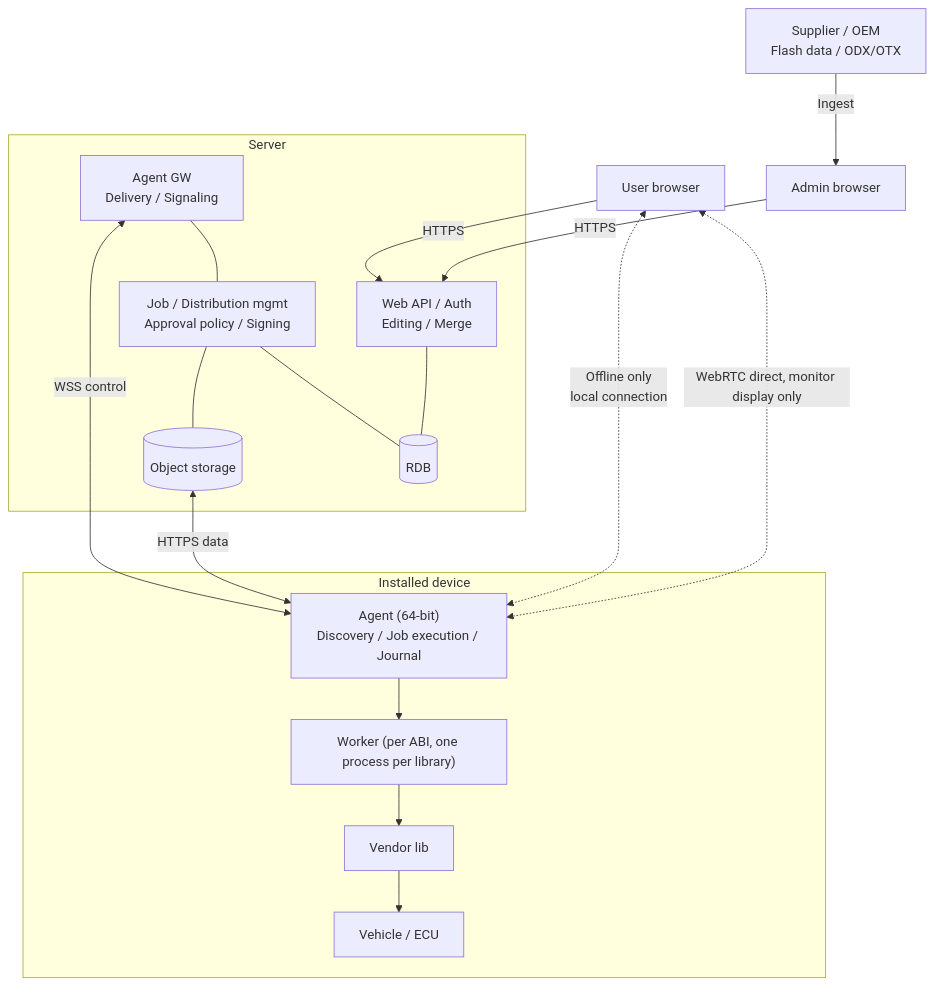
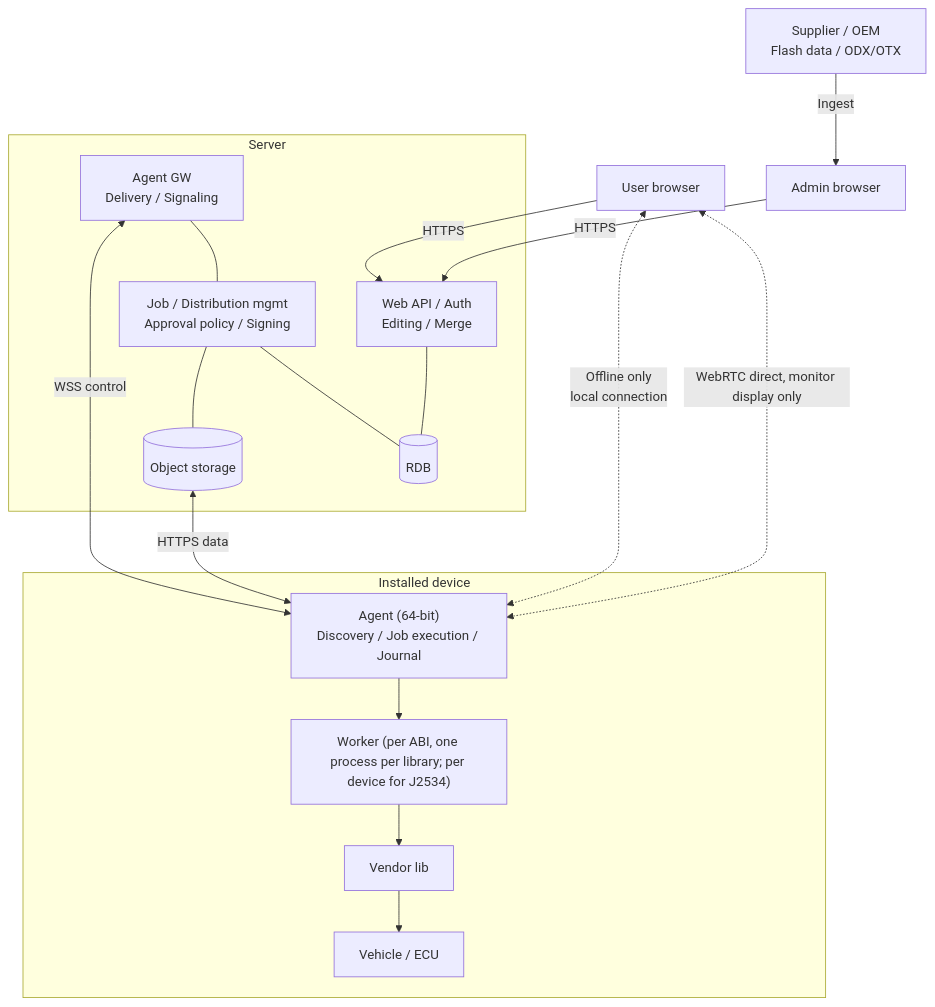
The first of 6 diagrams in docs/system-architecture.md (okayyoumay/nekoguruma), drawn with Mermaid before and after one commit. The commit also changed other lines of this file and 20 other files, not shown here.

First line of the commit message:
ADR-281: worker library resolution, mode and device selection (#141)

````diff
--- a/docs/system-architecture.md
+++ b/docs/system-architecture.md
@@ -72,35 +72,35 @@
 ```mermaid
 flowchart TB
     U["User browser"]
     AD["Admin browser"]
 
     subgraph SV["Server"]
         API["Web API / Auth<br/>Editing / Merge"]
         JOB["Job / Distribution mgmt<br/>Approval policy / Signing"]
         GW["Agent GW<br/>Delivery / Signaling"]
         RDB[("RDB")]
         OBJ[("Object storage")]
     end
 
     subgraph EP["Installed device"]
         AG["Agent (64-bit)<br/>Discovery / Job execution / Journal"]
-        WK["Worker (per ABI, one process per library)"]
+        WK["Worker (per ABI, one process per library; per device for J2534)"]
         LIB["Vendor lib"]
         DEV["Vehicle / ECU"]
     end
 
     SRC["Supplier / OEM<br/>Flash data / ODX/OTX"]
 
     SRC -->|Ingest| AD
     U -->|HTTPS| API
     AD -->|HTTPS| API
     API --- RDB
     JOB --- RDB
     JOB --- OBJ
     GW --- JOB
     GW <-->|"WSS control"| AG
     OBJ <-->|"HTTPS data"| AG
     U <-.->|"WebRTC direct, monitor display only"| AG
     U <-.->|"Offline only<br/>local connection"| AG
     AG --> WK --> LIB --> DEV
 ```
````
